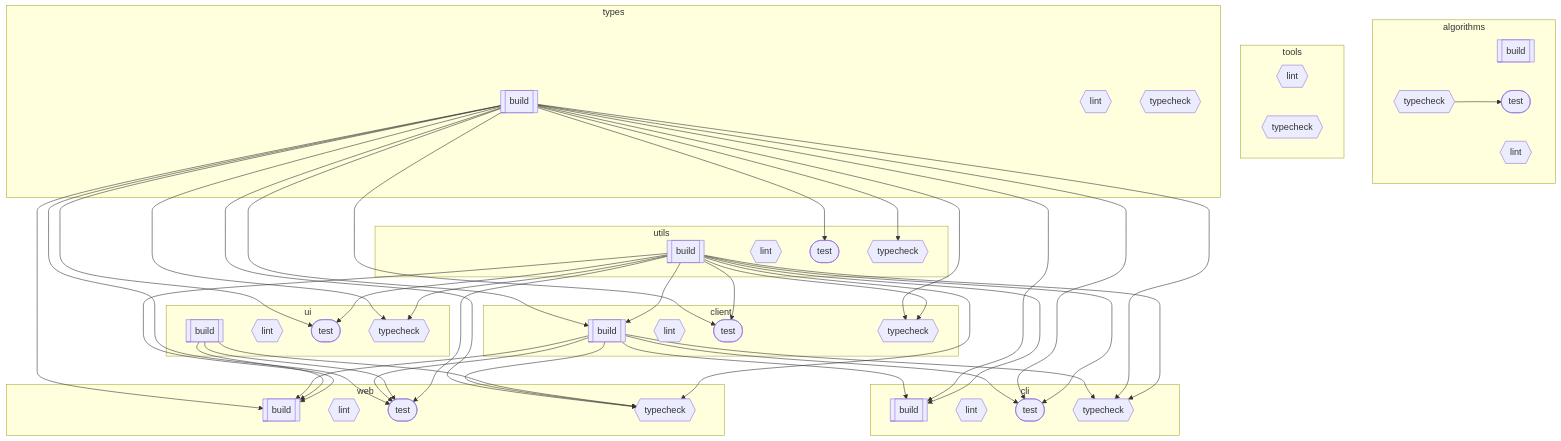
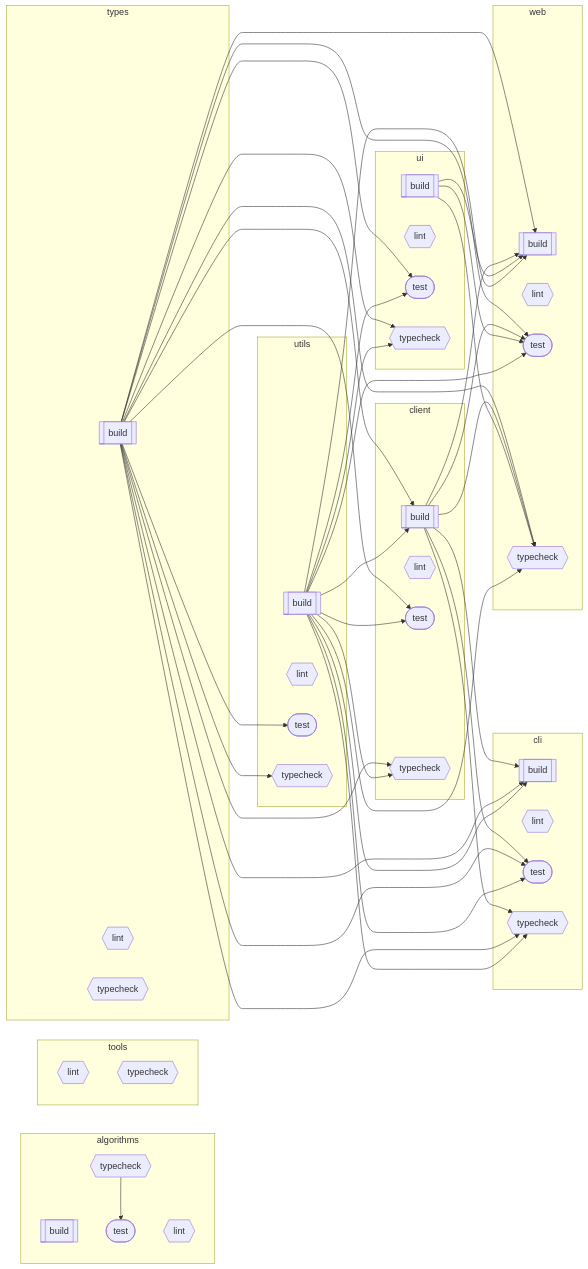
Before and after one commit to Mearman/Academic-Explorer: the diagram in README.md, drawn with Mermaid.

Commit message:
docs: update task graph to LR alignment

````diff
--- a/README.md
+++ b/README.md
@@ -90,5 +90,5 @@
 ```mermaid
-flowchart TB
+flowchart LR
 
     subgraph algorithms["algorithms"]
         algorithms_build[["build"]]
````
